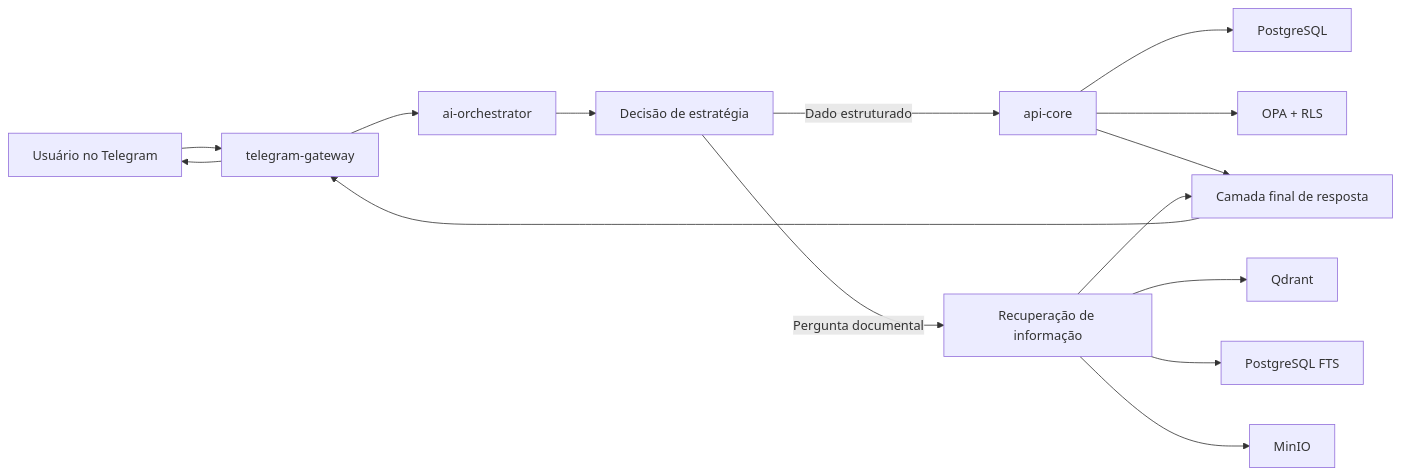
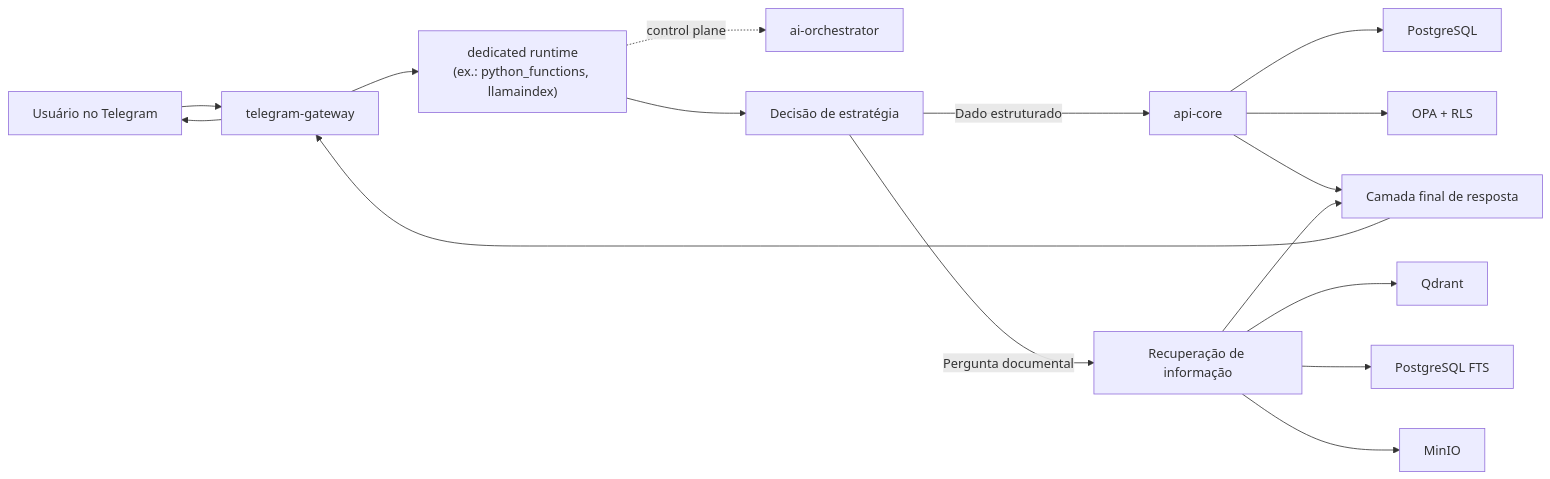
One commit to EliseuODaniel/eduassist-platform changed the diagram in README.md. Above: the diagram before and after it, drawn with Mermaid. The commit also changed other lines of this file and 6 other files, not shown here.

Commit message:
Update docs for dedicated-first architecture

````diff
--- a/README.md
+++ b/README.md
@@ -33,17 +33,18 @@
 ```mermaid
 flowchart LR
     U["Usuário no Telegram"] --> TG["telegram-gateway"]
-    TG --> ORQ["ai-orchestrator"]
+    TG --> ORQ["dedicated runtime\n(ex.: python_functions, llamaindex)"]
+    ORQ -. control plane .-> CPR["ai-orchestrator"]
     ORQ --> DEC["Decisão de estratégia"]
     DEC -->|Dado estruturado| API["api-core"]
     DEC -->|Pergunta documental| RET["Recuperação de informação"]
     API --> PG["PostgreSQL"]
     API --> POL["OPA + RLS"]
     RET --> QD["Qdrant"]
     RET --> FTS["PostgreSQL FTS"]
     RET --> OBJ["MinIO"]
     API --> EXP["Camada final de resposta"]
     RET --> EXP
     EXP --> TG
     TG --> U
 ```
````
